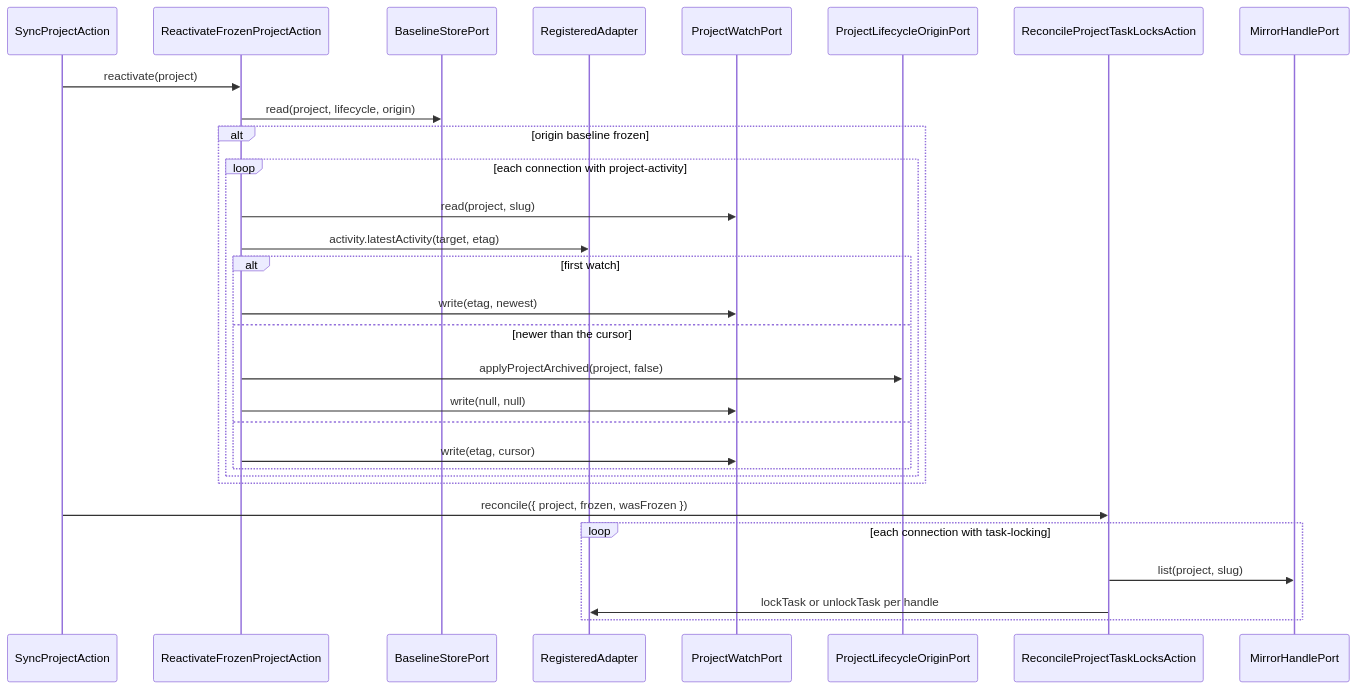
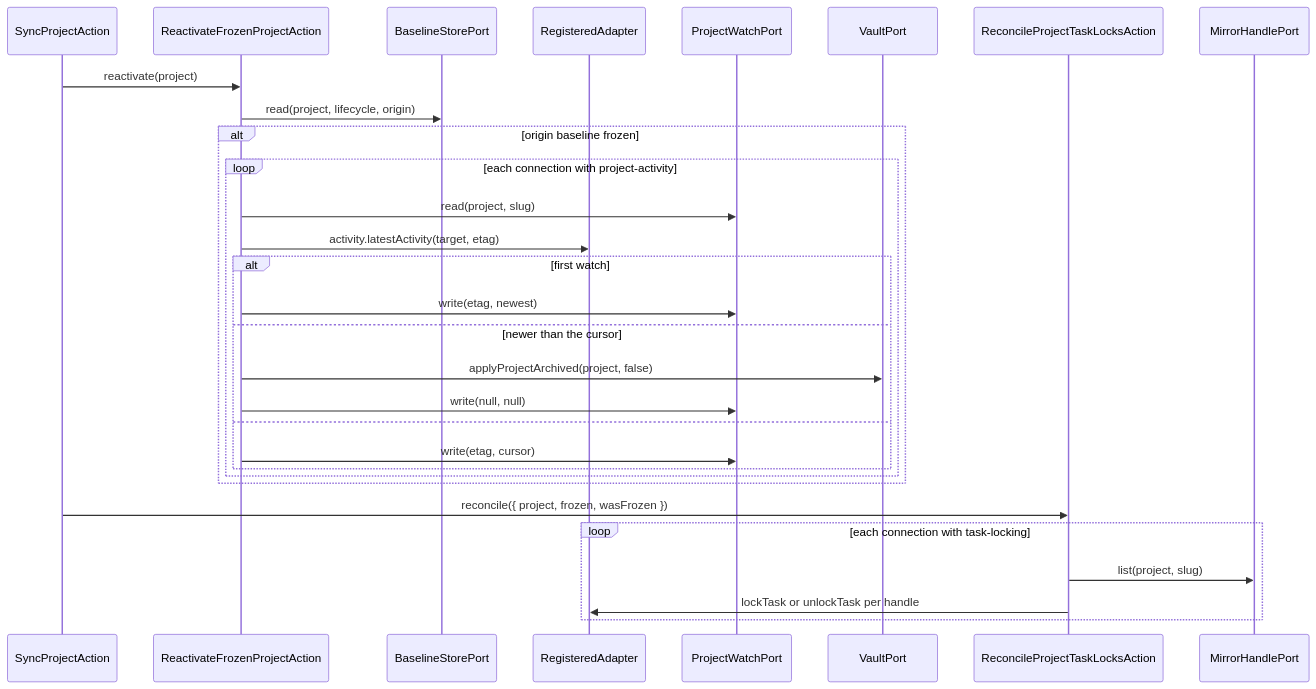
The tenth of 18 diagrams in docs/developer-manual.md (99linesofcode/obsidian-project-management), drawn with Mermaid before and after one commit. The commit also changed other lines of this file and 76 other files, not shown here.

First line of the commit message:
refactor(vault): collapse the vault ports into one VaultPort

````diff
--- a/docs/developer-manual.md
+++ b/docs/developer-manual.md
@@ -539,33 +539,33 @@
 ```mermaid
 sequenceDiagram
   participant SP as SyncProjectAction
   participant React as ReactivateFrozenProjectAction
   participant B as BaselineStorePort
   participant R as RegisteredAdapter
   participant W as ProjectWatchPort
-  participant O as ProjectLifecycleOriginPort
+  participant O as VaultPort
   participant Lock as ReconcileProjectTaskLocksAction
   participant H as MirrorHandlePort
 
   SP->>React: reactivate(project)
   React->>B: read(project, lifecycle, origin)
   alt origin baseline frozen
     loop each connection with project-activity
       React->>W: read(project, slug)
       React->>R: activity.latestActivity(target, etag)
       alt first watch
         React->>W: write(etag, newest)
       else newer than the cursor
         React->>O: applyProjectArchived(project, false)
         React->>W: write(null, null)
       else
         React->>W: write(etag, cursor)
       end
     end
   end
   SP->>Lock: reconcile({ project, frozen, wasFrozen })
   loop each connection with task-locking
     Lock->>H: list(project, slug)
     Lock->>R: lockTask or unlockTask per handle
   end
 ```
````
